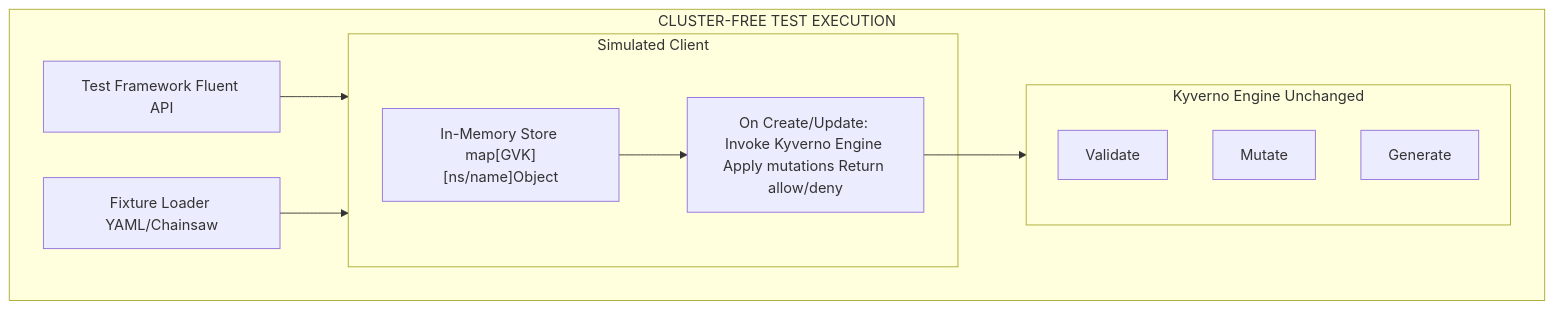
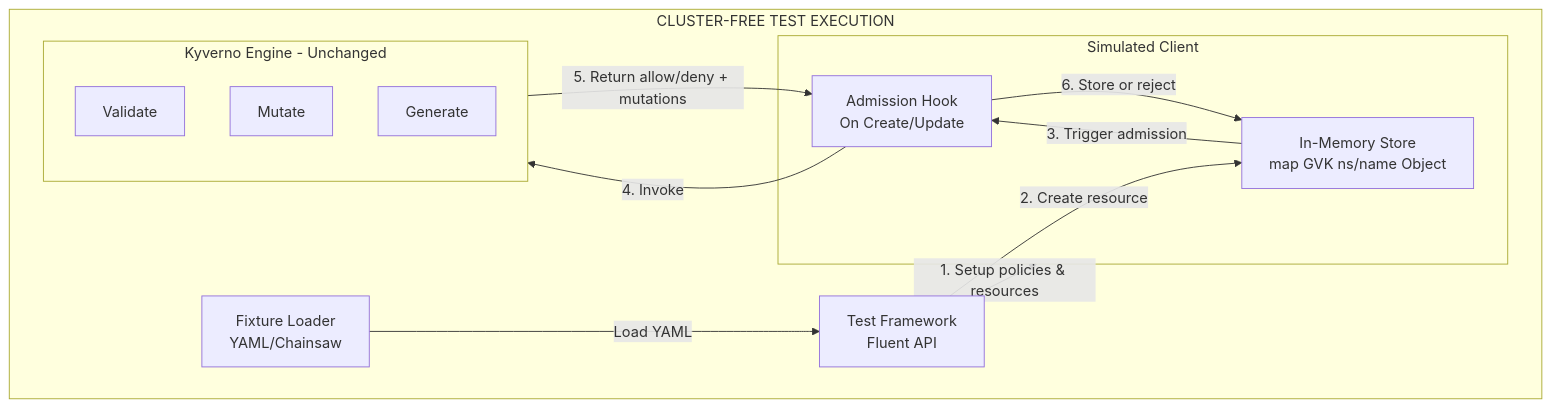
One commit to JagjeevanAK/kyverno-research-analysis changed the third of 3 diagrams in README.md. Above: the diagram before and after it, drawn with Mermaid. The commit also changed other lines of this file, not shown here.

````diff
--- a/README.md
+++ b/README.md
@@ -205,23 +210,26 @@
 ```mermaid
 flowchart TD
   subgraph ClusterFree [CLUSTER-FREE TEST EXECUTION]
-    TF[Test Framework Fluent API]
-    FL[Fixture Loader YAML/Chainsaw]
-
+    TF[Test Framework<br/>Fluent API] 
+    FL[Fixture Loader<br/>YAML/Chainsaw]
+    
     subgraph SimClient [Simulated Client]
-      STORE["In-Memory Store map[GVK][ns/name]Object"]
-      HOOK["On Create/Update: Invoke Kyverno Engine Apply mutations Return allow/deny"]
+      STORE[In-Memory Store<br/>map GVK ns/name Object]
+      HOOK[Admission Hook<br/>On Create/Update]
     end
-
-    subgraph Engine [Kyverno Engine Unchanged]
+    
+    subgraph KyvernoEngine [Kyverno Engine - Unchanged]
       V[Validate]
       M[Mutate]
       G[Generate]
     end
-
-    TF --> SimClient
-    FL --> SimClient
-    STORE --> HOOK
-    HOOK --> Engine
+    
+    TF --> |1. Setup policies & resources| SimClient
+    FL --> |Load YAML| TF
+    TF --> |2. Create resource| STORE
+    STORE --> |3. Trigger admission| HOOK
+    HOOK --> |4. Invoke| KyvernoEngine
+    KyvernoEngine --> |5. Return allow/deny + mutations| HOOK
+    HOOK --> |6. Store or reject| STORE
   end
 ```
````
